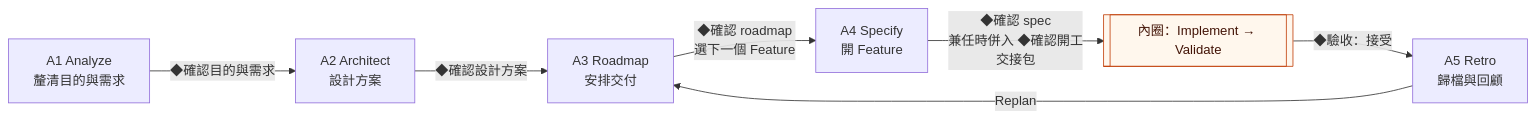
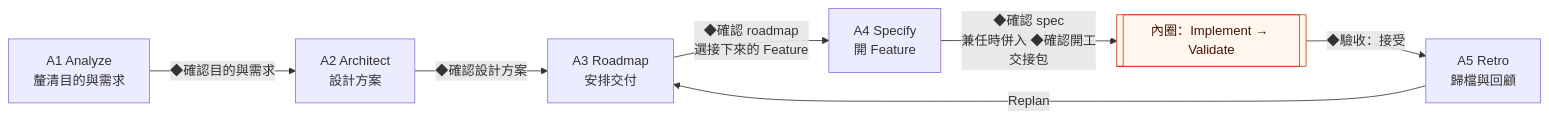
The second of 3 diagrams in docs/guide/user-guide.md (ellis429/loop-engineering), drawn with Mermaid before and after one commit. The commit also changed other lines of this file and 2 other files, not shown here.

````diff
--- a/docs/guide/user-guide.md
+++ b/docs/guide/user-guide.md
@@ -91,10 +91,10 @@
 ```mermaid
 flowchart LR
   A1["A1 Analyze<br/>釐清目的與需求"] -->|◆確認目的與需求| A2["A2 Architect<br/>設計方案"]
   A2 -->|◆確認設計方案| A3["A3 Roadmap<br/>安排交付"]
-  A3 -->|◆確認 roadmap<br/>選下一個 Feature| A4["A4 Specify<br/>開 Feature"]
+  A3 -->|◆確認 roadmap<br/>選接下來的 Feature| A4["A4 Specify<br/>開 Feature"]
   A4 -->|◆確認 spec<br/>兼任時併入 ◆確認開工<br/>交接包| IN[["內圈：Implement → Validate"]]
   IN -->|◆驗收：接受| A5["A5 Retro<br/>歸檔與回顧"]
   A5 -->|Replan| A3
   style IN fill:#fff7ed,stroke:#c2410c,color:#431407
 ```
````
